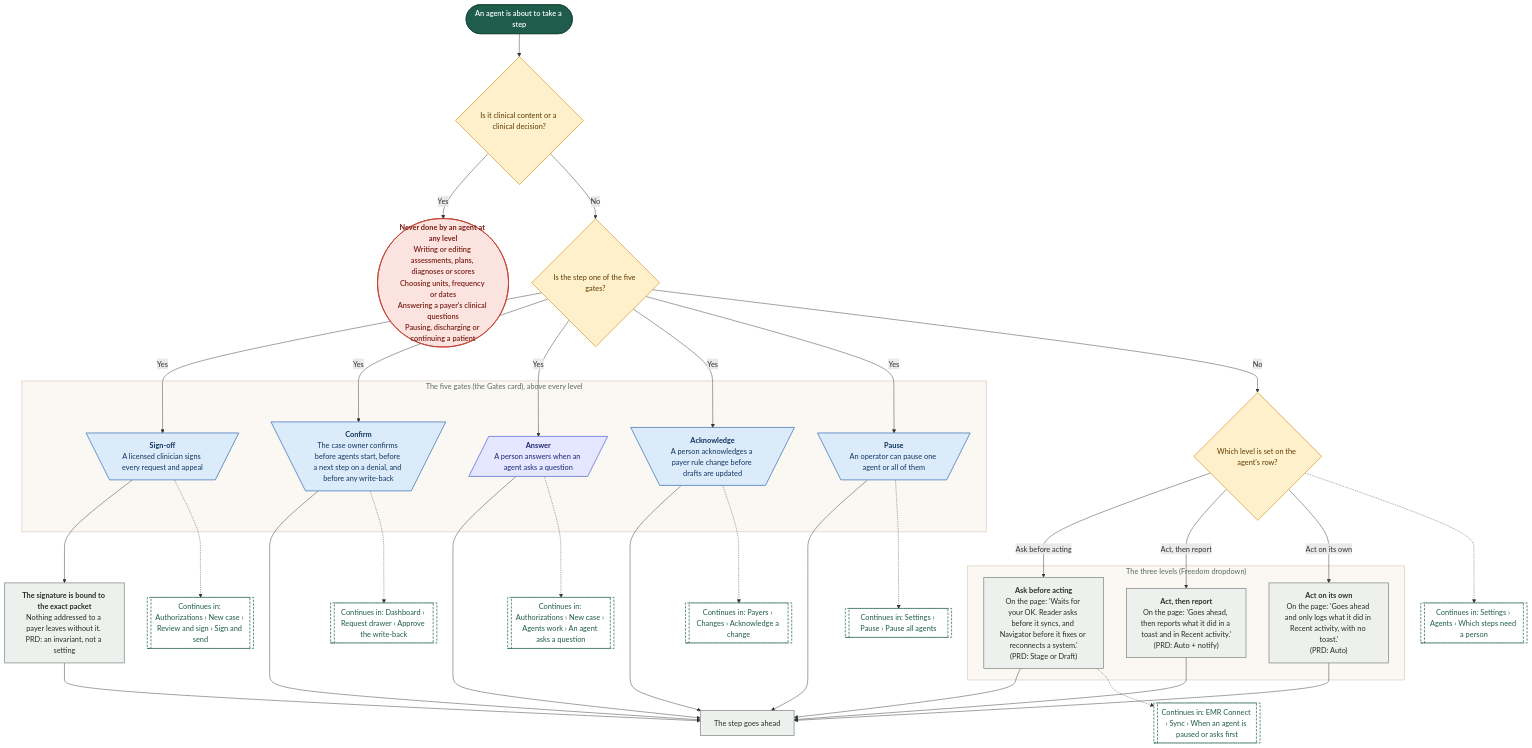
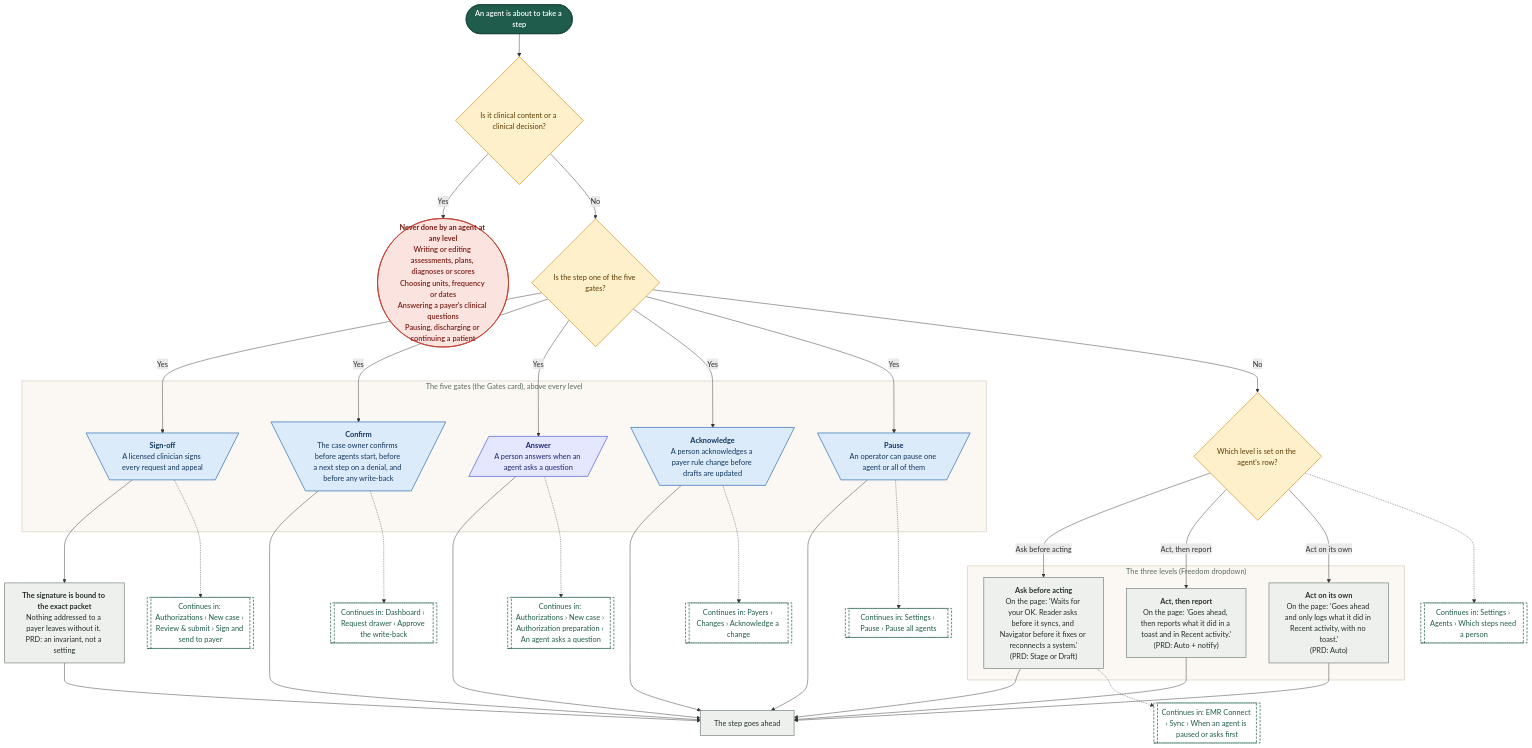
Before and after one commit to Shrav143/psyfloapp: the third of 11 diagrams in demos/prior-auth-demo/workflows/out/md/11-settings.md, drawn with Mermaid. The commit also changed other lines of this file and 251 other files, not shown here.

First line of the commit message:
docs: rebuild the workflow diagrams (291) for round 4

````diff
--- a/demos/prior-auth-demo/workflows/out/md/11-settings.md
+++ b/demos/prior-auth-demo/workflows/out/md/11-settings.md
@@ -189,78 +192,78 @@
 ```mermaid
 %%{init: {"theme":"base","themeVariables":{"fontFamily":"'DM Sans', 'Segoe UI', system-ui, sans-serif","fontSize":"15px","lineColor":"#5B6B63","primaryTextColor":"#1C2B25","clusterBkg":"#FBF8F3","clusterBorder":"#D9CDBB","edgeLabelBackground":"#FFFFFF"},"flowchart":{"curve":"basis","nodeSpacing":36,"rankSpacing":48,"padding":12,"htmlLabels":true,"useMaxWidth":false,"wrappingWidth":230}} }%%
 flowchart TD
   classDef k_start fill:#1F5C4B,stroke:#174638,color:#FFFFFF,stroke-width:1.5px,font-weight:600
   classDef k_end fill:#DDEFE3,stroke:#2E7D4F,color:#14502F,stroke-width:1.5px,font-weight:600
   classDef k_endx fill:#FBE3E0,stroke:#C0392B,color:#7A1F16,stroke-width:1.5px,font-weight:600
   classDef k_screen fill:#FFFDF8,stroke:#1F5C4B,color:#1C2B25,stroke-width:2px
   classDef k_overlay fill:#F1F7F3,stroke:#1F5C4B,color:#1C2B25,stroke-width:2px,stroke-dasharray:5 3
   classDef k_click fill:#DCEBFA,stroke:#2F6DB5,color:#12365F,stroke-width:1.5px
   classDef k_input fill:#E4E7FF,stroke:#4C5FD5,color:#1D2670,stroke-width:1.5px
   classDef k_process fill:#EEF0EE,stroke:#7A857F,color:#26302B,stroke-width:1.5px
   classDef k_agent fill:#EEE5FA,stroke:#7A4FC2,color:#341A63,stroke-width:1.5px
   classDef k_decision fill:#FFF0CC,stroke:#D9962B,color:#5C3B00,stroke-width:1.5px
   classDef k_store fill:#D5F0EA,stroke:#1C8E7B,color:#0B4A3F,stroke-width:1.5px
   classDef k_doc fill:#F6E9DC,stroke:#B07A4C,color:#4A2E14,stroke-width:1.5px
   classDef k_ext fill:#FFE6D2,stroke:#E07B39,color:#6B2F06,stroke-width:1.5px
   classDef k_wait fill:#E4E8EE,stroke:#6B7C93,color:#26303D,stroke-width:1.5px
   classDef k_toast fill:#FFF9DB,stroke:#C9A400,color:#5A4A00,stroke-width:1.5px
   classDef k_goto fill:#FFFFFF,stroke:#1F5C4B,color:#1F5C4B,stroke-width:1.5px,stroke-dasharray:5 3
   s1@{ shape: stadium, label: "An agent is about to take a step" }
   q0@{ shape: diam, label: "Is it clinical content or a clinical decision?" }
   x1@{ shape: stadium, label: "<b>Never done by an agent at any level</b><br/>Writing or editing assessments, plans, diagnoses or scores<br/>Choosing units, frequency or dates<br/>Answering a payer's clinical questions<br/>Pausing, discharging or continuing a patient" }
   q1@{ shape: diam, label: "Is the step one of the five gates?" }
   q3@{ shape: diam, label: "Which level is set on the agent's row?" }
   subgraph gGate ["The five gates (the Gates card), above every level"]
   g1@{ shape: trap-t, label: "<b>Sign-off</b><br/>A licensed clinician signs every request and appeal" }
   g2@{ shape: trap-t, label: "<b>Confirm</b><br/>The case owner confirms before agents start, before a next step on a denial, and before any write-back" }
   g3@{ shape: lean-r, label: "<b>Answer</b><br/>A person answers when an agent asks a question" }
   g4@{ shape: trap-t, label: "<b>Acknowledge</b><br/>A person acknowledges a payer rule change before drafts are updated" }
   g5@{ shape: trap-t, label: "<b>Pause</b><br/>An operator can pause one agent or all of them" }
   end
   subgraph gLev ["The three levels (Freedom dropdown)"]
   l1@{ shape: rect, label: "<b>Ask before acting</b><br/>On the page: 'Waits for your OK. Reader asks before it syncs, and Navigator before it fixes or reconnects a system.'<br/>(PRD: Stage or Draft)" }
   l2@{ shape: rect, label: "<b>Act, then report</b><br/>On the page: 'Goes ahead, then reports what it did in a toast and in Recent activity.'<br/>(PRD: Auto + notify)" }
   l3@{ shape: rect, label: "<b>Act on its own</b><br/>On the page: 'Goes ahead and only logs what it did in Recent activity, with no toast.'<br/>(PRD: Auto)" }
   end
   p1@{ shape: rect, label: "<b>The signature is bound to the exact packet</b><br/>Nothing addressed to a payer leaves without it. PRD: an invariant, not a setting" }
   p2@{ shape: rect, label: "The step goes ahead" }
-  n1@{ shape: subproc, label: "Continues in: Authorizations › New case › Review and sign › Sign and send" }
+  n1@{ shape: subproc, label: "Continues in: Authorizations › New case › Review & submit › Sign and send to payer" }
   n2@{ shape: subproc, label: "Continues in: Dashboard › Request drawer › Approve the write-back" }
-  n3@{ shape: subproc, label: "Continues in: Authorizations › New case › Agents work › An agent asks a question" }
+  n3@{ shape: subproc, label: "Continues in: Authorizations › New case › Authorization preparation › An agent asks a question" }
   n4@{ shape: subproc, label: "Continues in: Payers › Changes › Acknowledge a change" }
   n5@{ shape: subproc, label: "Continues in: Settings › Pause › Pause all agents" }
   n6@{ shape: subproc, label: "Continues in: Settings › Agents › Which steps need a person" }
   n7@{ shape: subproc, label: "Continues in: EMR Connect › Sync › When an agent is paused or asks first" }
   s1 --> q0
   q0 -->|"Yes"| x1
   q0 -->|"No"| q1
   q1 -->|"Yes"| g1 & g2 & g3 & g4 & g5
   q1 -->|"No"| q3
   q3 -->|"Ask before acting"| l1
   q3 -->|"Act, then report"| l2
   q3 -->|"Act on its own"| l3
   g1 --> p1 --> p2
   g2 --> p2
   g3 --> p2
   g4 --> p2
   g5 --> p2
   l1 --> p2
   l2 --> p2
   l3 --> p2
   g1 -.-> n1
   g2 -.-> n2
   g3 -.-> n3
   g4 -.-> n4
   g5 -.-> n5
   q3 -.-> n6
   l1 -.-> n7
   class s1 k_start
   class q0,q1,q3 k_decision
   class x1 k_endx
   class g1,g2,g4,g5 k_click
   class g3 k_input
   class l1,l2,l3,p1,p2 k_process
   class n1,n2,n3,n4,n5,n6,n7 k_goto
   style gGate fill:#FBF8F3,stroke:#D9CDBB,stroke-width:1.5px,color:#5B6B63
   style gLev fill:#FBF8F3,stroke:#D9CDBB,stroke-width:1.5px,color:#5B6B63
 ```
````
